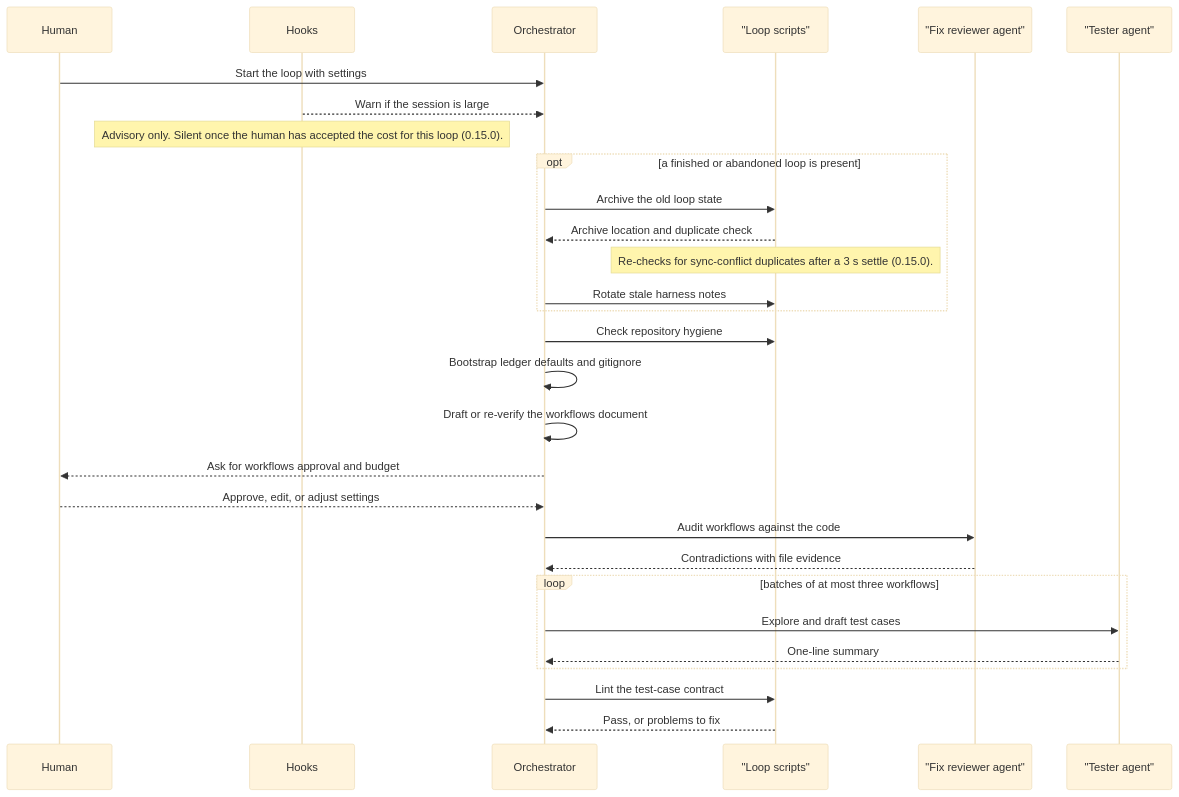
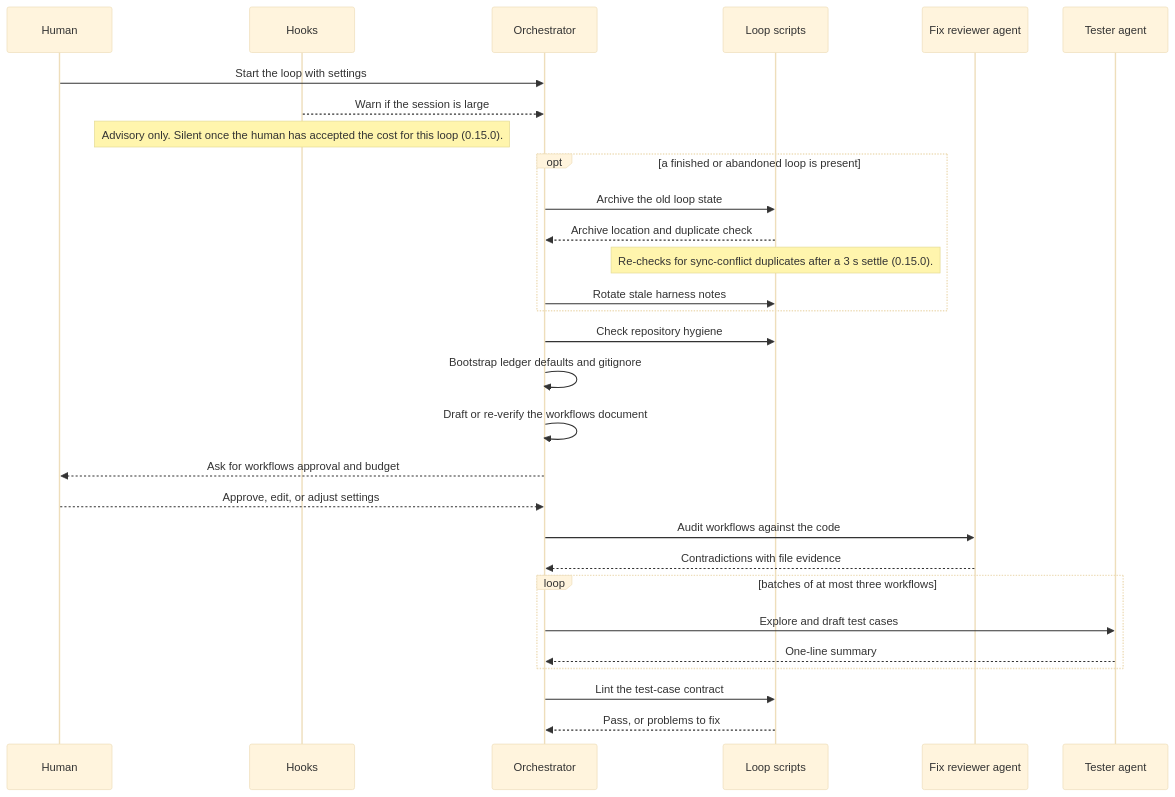
The fourth of 19 diagrams in docs/architecture/qa-loop-tools.md (peterlit/quiller-claude-plugins), drawn with Mermaid (base theme) before and after one commit. The commit also changed other lines of this file and 9 other files, not shown here.

````diff
--- a/docs/architecture/qa-loop-tools.md
+++ b/docs/architecture/qa-loop-tools.md
@@ -289,31 +289,31 @@
 ```mermaid
 sequenceDiagram
     participant H as Human
     participant HK as Hooks
     participant O as Orchestrator
-    participant S as "Loop scripts"
-    participant FR as "Fix reviewer agent"
-    participant T as "Tester agent"
+    participant S as Loop scripts
+    participant FR as Fix reviewer agent
+    participant T as Tester agent
     H->>O: Start the loop with settings
     HK-->>O: Warn if the session is large
     Note over HK: Advisory only. Silent once the human has accepted the cost for this loop (0.15.0).
     opt a finished or abandoned loop is present
         O->>S: Archive the old loop state
         S-->>O: Archive location and duplicate check
         Note over S: Re-checks for sync-conflict duplicates after a 3 s settle (0.15.0).
         O->>S: Rotate stale harness notes
     end
     O->>S: Check repository hygiene
     O->>O: Bootstrap ledger defaults and gitignore
     O->>O: Draft or re-verify the workflows document
     O-->>H: Ask for workflows approval and budget
     H-->>O: Approve, edit, or adjust settings
     O->>FR: Audit workflows against the code
     FR-->>O: Contradictions with file evidence
     loop batches of at most three workflows
         O->>T: Explore and draft test cases
         T-->>O: One-line summary
     end
     O->>S: Lint the test-case contract
     S-->>O: Pass, or problems to fix
 ```
````
